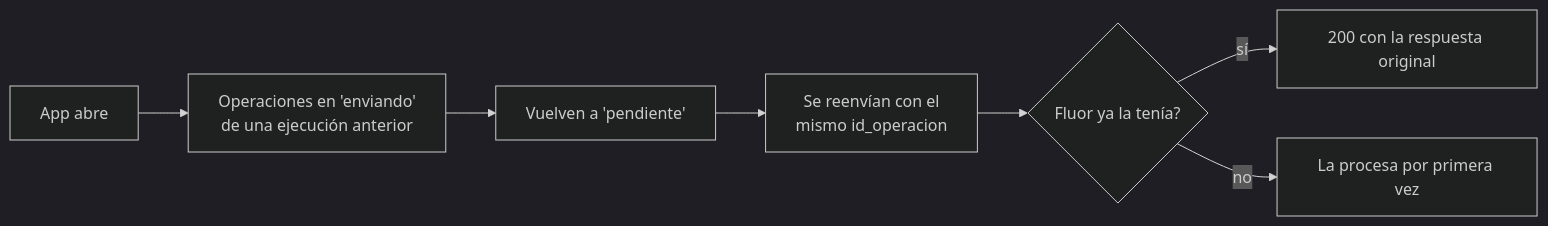
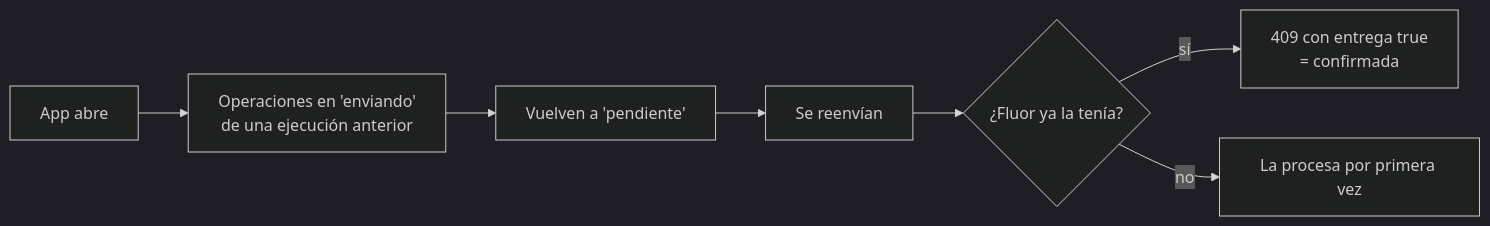
One commit to tamerlantian/cilog-2 changed the seventh of 9 diagrams in docs/offline.md. Above: the diagram before and after it, drawn with Mermaid (dark theme). The commit also changed other lines of this file and 22 other files, not shown here.

First line of the commit message:
feat(despachos): enviar la entrega a Fluor con fotos y firma

````diff
--- a/docs/offline.md
+++ b/docs/offline.md
@@ -249,8 +253,8 @@
 ```mermaid
 flowchart LR
     A[App abre] --> B[Operaciones en 'enviando'<br/>de una ejecución anterior] --> C[Vuelven a 'pendiente']
-    C --> D[Se reenvían con el<br/>mismo id_operacion]
-    D --> E{Fluor ya la tenía?}
-    E -- sí --> F[200 con la respuesta original]
+    C --> D[Se reenvían]
+    D --> E{¿Fluor ya la tenía?}
+    E -- sí --> F[409 con entrega true<br/>= confirmada]
     E -- no --> G[La procesa por primera vez]
 ```
````
